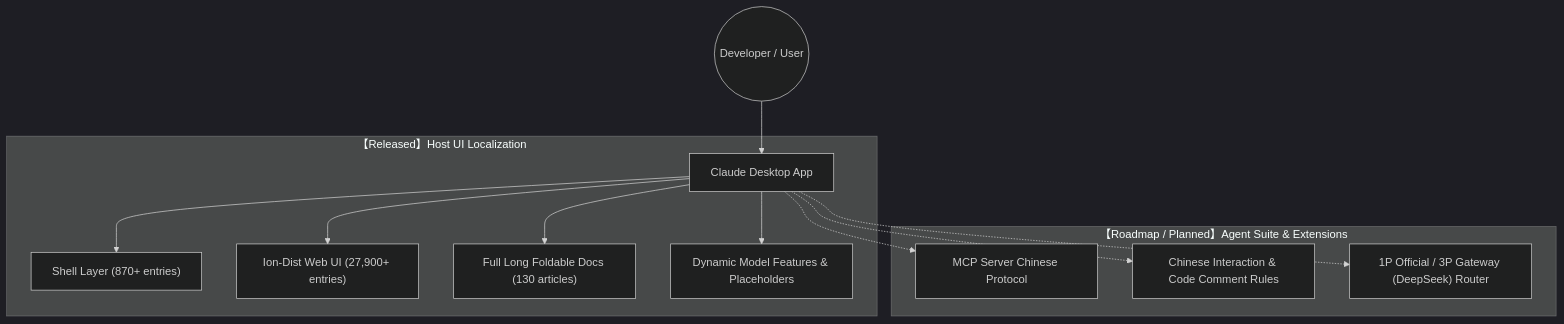
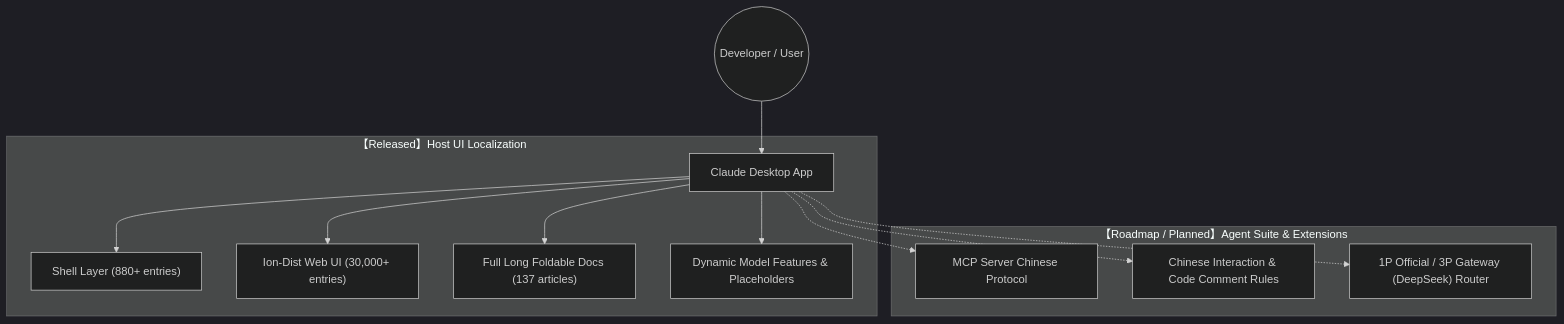
The first of 2 diagrams in README.en.md (yiheng8023/claude-chinese), drawn with Mermaid (dark theme) before and after one commit. The commit also changed other lines of this file and 10 other files, not shown here.

Commit message:
release(v1.2.70): adapt to Claude Desktop v2.16120.0.0 with 31,000+ entries, 137 long docs & 11 builtin skills zh-CN mapping

````diff
--- a/README.en.md
+++ b/README.en.md
@@ -39,17 +39,17 @@
 ```mermaid
 graph TD
     User((Developer / User)) --> ClaudeApp[Claude Desktop App]
     
     subgraph Mode1 ["【Released】Host UI Localization"]
-        ClaudeApp --> ShellLayer["Shell Layer (870+ entries)"]
-        ClaudeApp --> WebUILayer["Ion-Dist Web UI (27,900+ entries)"]
-        ClaudeApp --> LongDocsLayer["Full Long Foldable Docs (130 articles)"]
+        ClaudeApp --> ShellLayer["Shell Layer (880+ entries)"]
+        ClaudeApp --> WebUILayer["Ion-Dist Web UI (30,000+ entries)"]
+        ClaudeApp --> LongDocsLayer["Full Long Foldable Docs (137 articles)"]
         ClaudeApp --> DynamicLayer["Dynamic Model Features & Placeholders"]
     end
     
     subgraph Mode2 ["【Roadmap / Planned】Agent Suite & Extensions"]
         ClaudeApp -.-> MCP["MCP Server Chinese Protocol"]
         ClaudeApp -.-> Rules["Chinese Interaction & Code Comment Rules"]
         ClaudeApp -.-> Switcher["1P Official / 3P Gateway (DeepSeek) Router"]
     end
 ```
````
